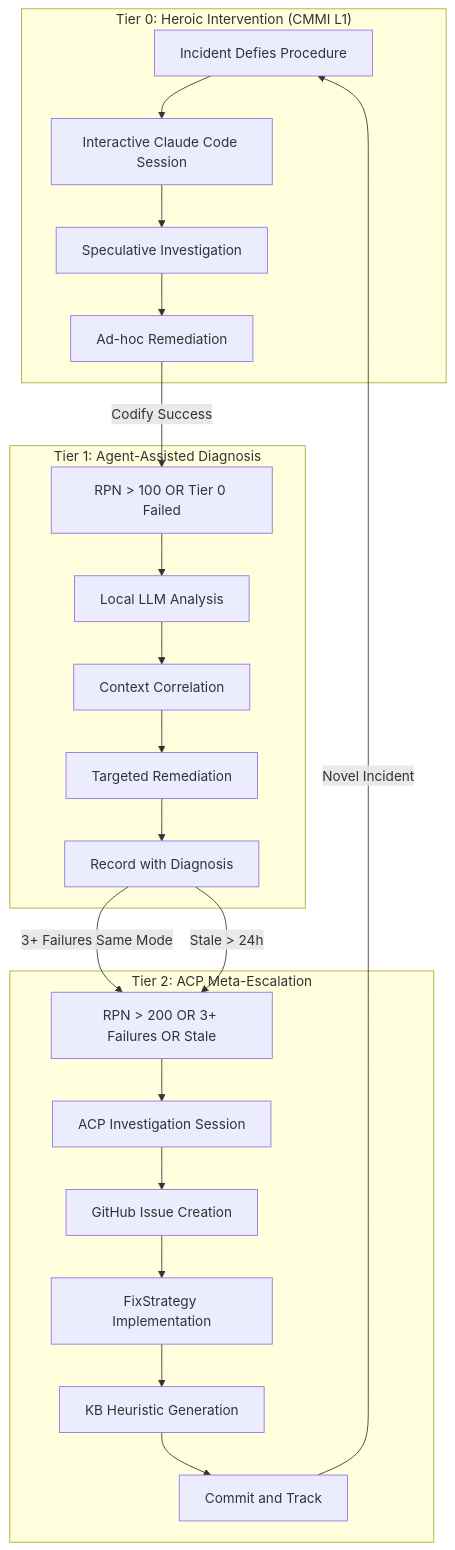
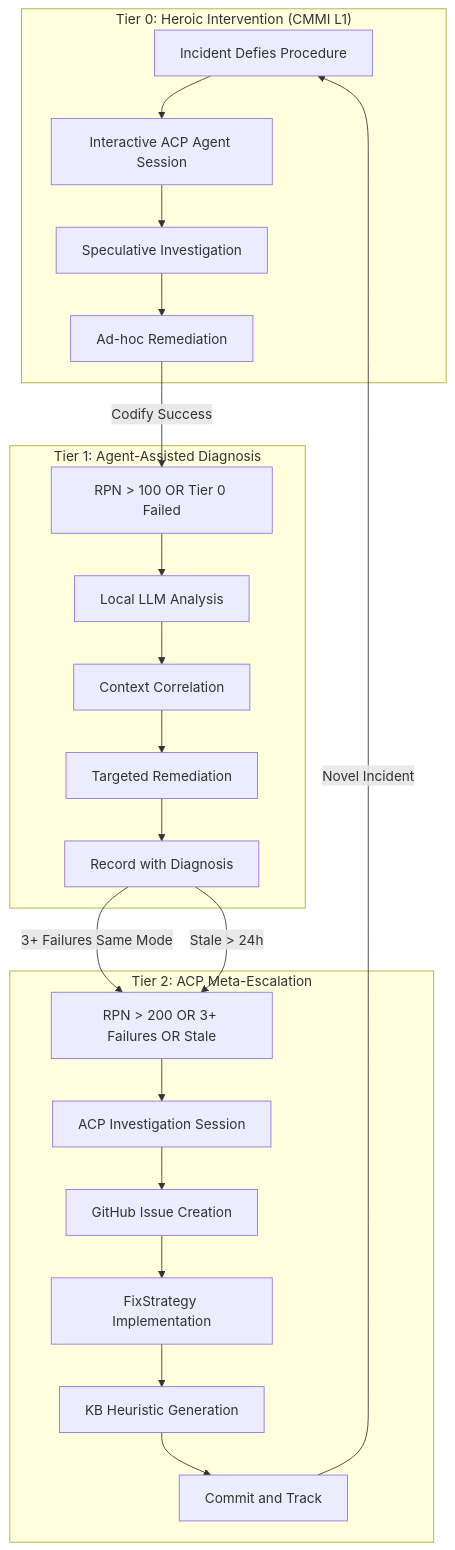
One commit to zndx/gaius changed the first of 3 diagrams in src/gaius/acp/MAINTENANCE.md. Above: the diagram before and after it, drawn with Mermaid. The commit also changed other lines of this file and 22 other files, not shown here.

First line of the commit message:
refactor(acp): replace Claude Code references with Mistral Vibe

````diff
--- a/src/gaius/acp/MAINTENANCE.md
+++ b/src/gaius/acp/MAINTENANCE.md
@@ -202,34 +202,34 @@
 ```mermaid
 graph TB
     subgraph "Tier 0: Heroic Intervention (CMMI L1)"
         T0[Incident Defies Procedure]
-        T0I[Interactive Claude Code Session]
+        T0I[Interactive ACP Agent Session]
         T0S[Speculative Investigation]
         T0R[Ad-hoc Remediation]
         T0 --> T0I --> T0S --> T0R
     end
 
     subgraph "Tier 1: Agent-Assisted Diagnosis"
         T1[RPN > 100 OR Tier 0 Failed]
         T1D[Local LLM Analysis]
         T1C[Context Correlation]
         T1R[Targeted Remediation]
         T1E[Record with Diagnosis]
         T1 --> T1D --> T1C --> T1R --> T1E
     end
 
     subgraph "Tier 2: ACP Meta-Escalation"
         T2[RPN > 200 OR 3+ Failures OR Stale]
         T2I[ACP Investigation Session]
         T2G[GitHub Issue Creation]
         T2F[FixStrategy Implementation]
         T2K[KB Heuristic Generation]
         T2C[Commit and Track]
         T2 --> T2I --> T2G --> T2F --> T2K --> T2C
     end
 
     T0R -->|"Codify Success"| T1
     T1E -->|"3+ Failures Same Mode"| T2
     T1E -->|"Stale > 24h"| T2
     T2C -->|"Novel Incident"| T0
 ```
````
